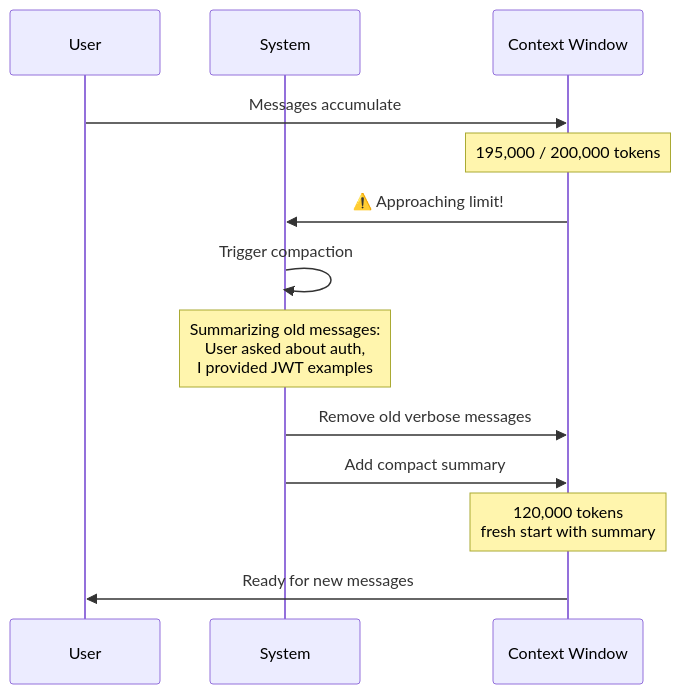
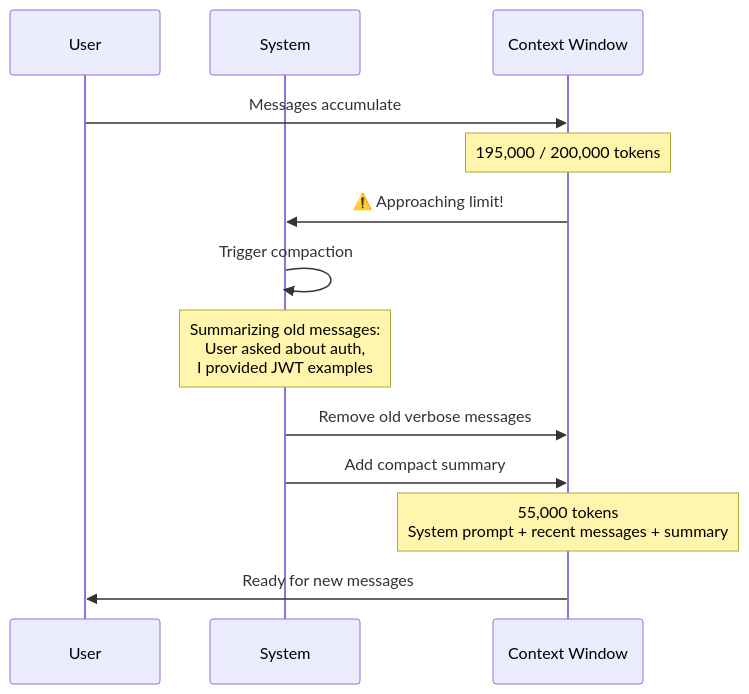
One commit to uz0/llm changed the second of 7 diagrams in nota_base.md. Above: the diagram before and after it, drawn with Mermaid. The commit also changed other lines of this file, not shown here.

````diff
--- a/nota_base.md
+++ b/nota_base.md
@@ -93,16 +62,16 @@
 ```mermaid
 sequenceDiagram
     participant User
     participant System
     participant Context as Context Window
     
     User->>Context: Messages accumulate
     Note over Context: 195,000 / 200,000 tokens
     Context->>System: ⚠️ Approaching limit!
     System->>System: Trigger compaction
     Note over System: Summarizing old messages:<br/>User asked about auth,<br/>I provided JWT examples
     System->>Context: Remove old verbose messages
     System->>Context: Add compact summary
-    Note over Context: 120,000 tokens<br/>fresh start with summary
+    Note over Context: 55,000 tokens<br/>System prompt + recent messages + summary
     Context->>User: Ready for new messages
 ```
````
